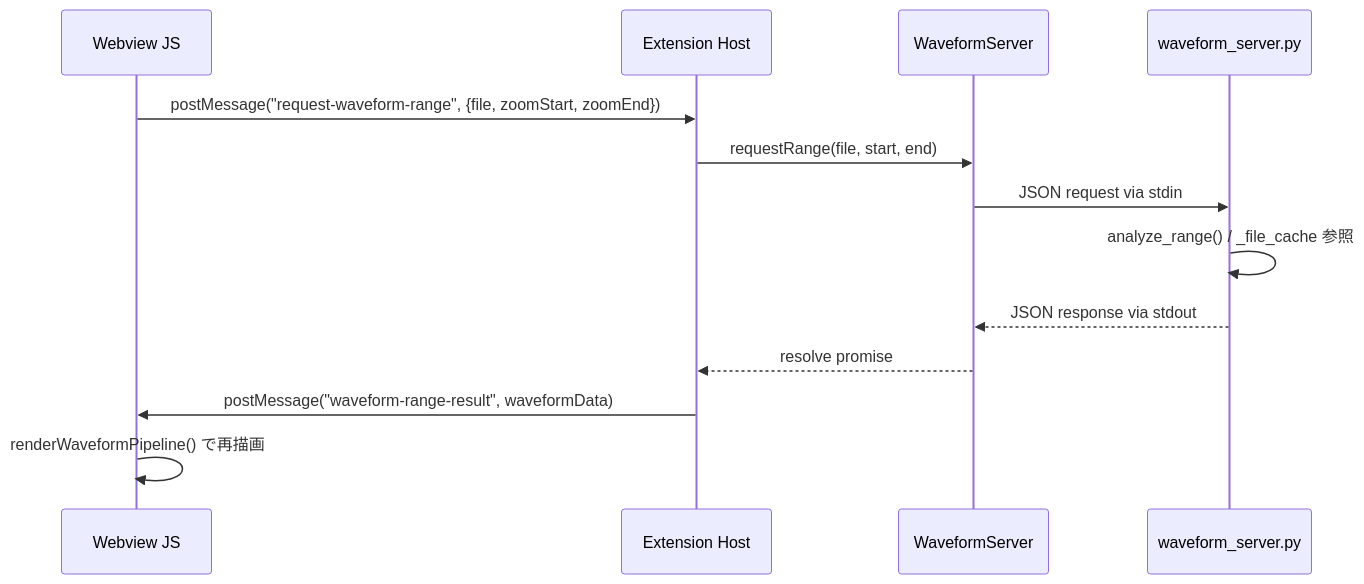
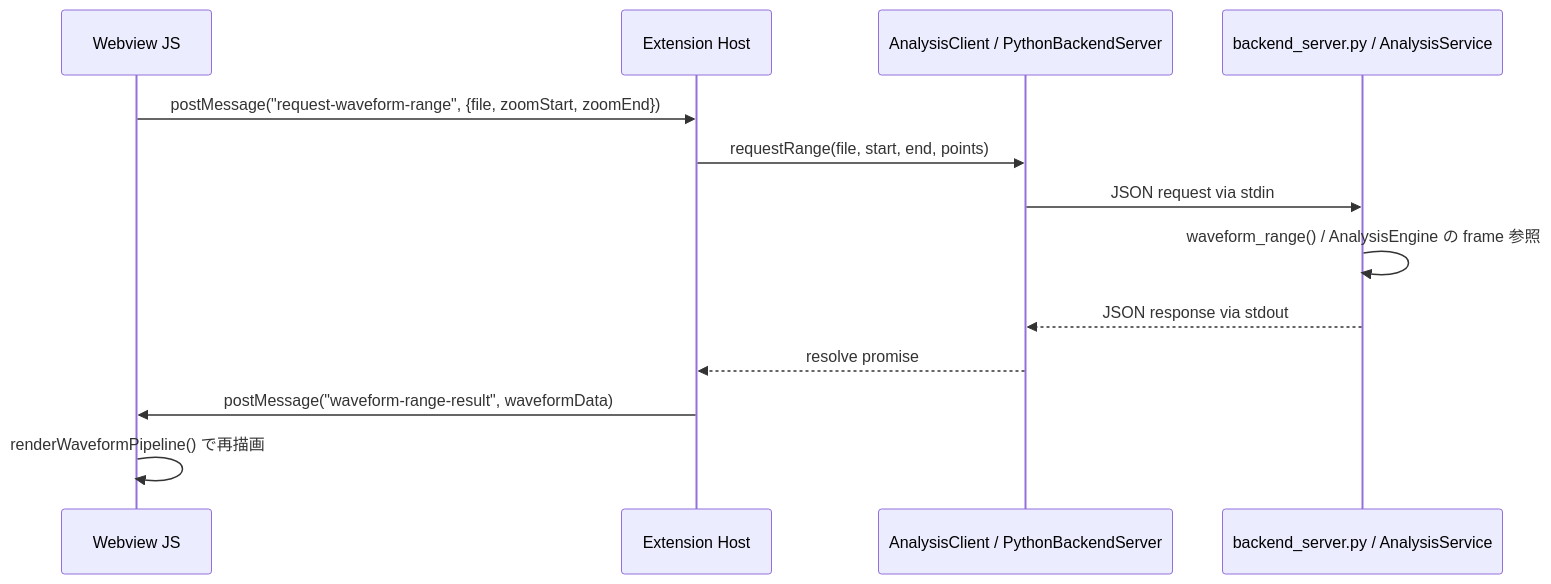
Before and after one commit to kasahart/audio-wandas-analyzer: the second of 4 diagrams in docs/architecture.md, drawn with Mermaid. The commit also changed other lines of this file and 17 other files, not shown here.

Commit message:
Remove obsolete analyzer entry points and refresh architecture docs (#230)

````diff
--- a/docs/architecture.md
+++ b/docs/architecture.md
@@ -283,16 +281,16 @@
 ```mermaid
 sequenceDiagram
     participant W as Webview JS
     participant E as Extension Host
-    participant WS as WaveformServer
-    participant P as waveform_server.py
+    participant WS as AnalysisClient / PythonBackendServer
+    participant P as backend_server.py / AnalysisService
 
     W->>E: postMessage("request-waveform-range", {file, zoomStart, zoomEnd})
-    E->>WS: requestRange(file, start, end)
+    E->>WS: requestRange(file, start, end, points)
     WS->>P: JSON request via stdin
-    P->>P: analyze_range() / _file_cache 参照
+    P->>P: waveform_range() / AnalysisEngine の frame 参照
     P-->>WS: JSON response via stdout
     WS-->>E: resolve promise
     E->>W: postMessage("waveform-range-result", waveformData)
     W->>W: renderWaveformPipeline() で再描画
 ```
````
